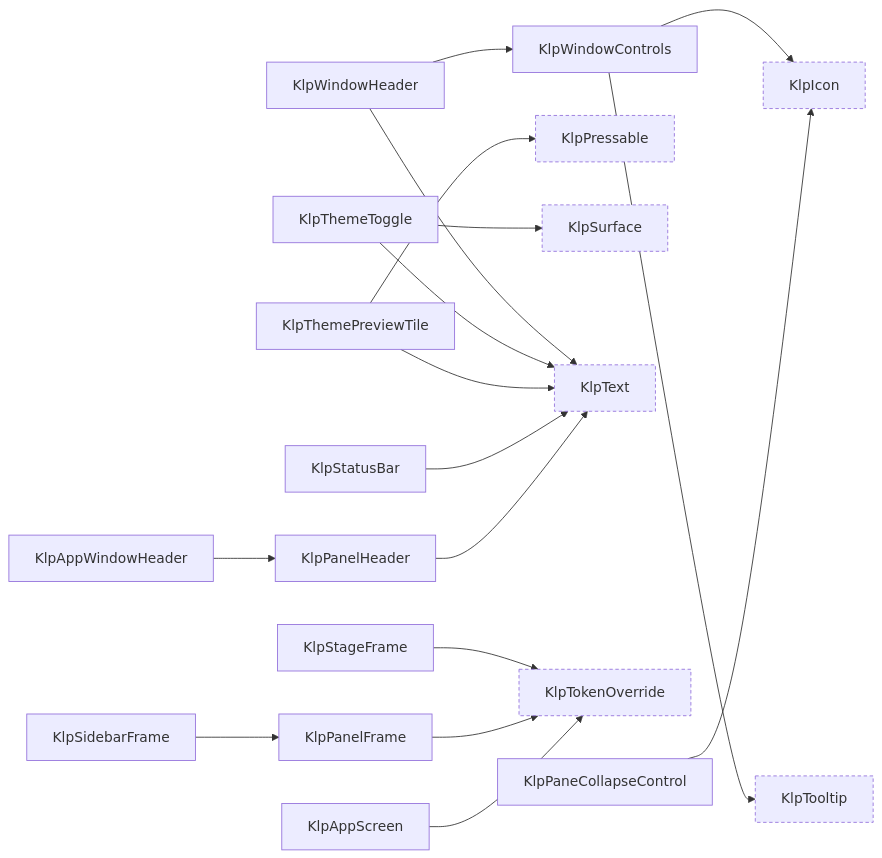
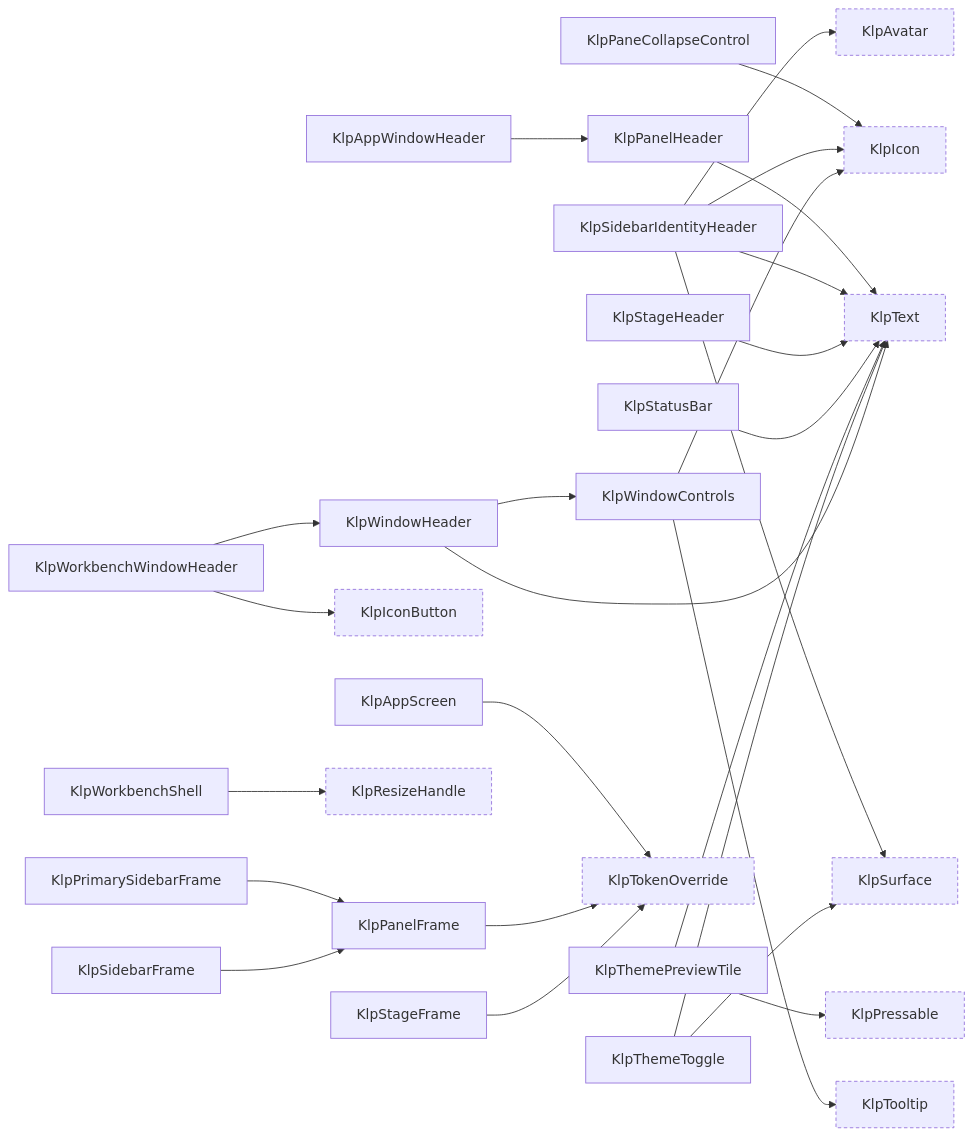
Before and after one commit to MiuDog/Kallopis: diagram 15 of 17 in spec/component-inventory.md, drawn with Mermaid. The commit also changed other lines of this file and 99 other files, not shown here.

````diff
--- a/spec/component-inventory.md
+++ b/spec/component-inventory.md
@@ -994,38 +1041,55 @@
 ```mermaid
 graph LR
   KlpAppScreen["KlpAppScreen"]
   KlpAppWindowHeader["KlpAppWindowHeader"]
+  KlpAvatar["KlpAvatar"]:::external
   KlpIcon["KlpIcon"]:::external
+  KlpIconButton["KlpIconButton"]:::external
   KlpPaneCollapseControl["KlpPaneCollapseControl"]
   KlpPanelFrame["KlpPanelFrame"]
   KlpPanelHeader["KlpPanelHeader"]
   KlpPressable["KlpPressable"]:::external
+  KlpPrimarySidebarFrame["KlpPrimarySidebarFrame"]
+  KlpResizeHandle["KlpResizeHandle"]:::external
   KlpSidebarFrame["KlpSidebarFrame"]
+  KlpSidebarIdentityHeader["KlpSidebarIdentityHeader"]
   KlpStageFrame["KlpStageFrame"]
+  KlpStageHeader["KlpStageHeader"]
   KlpStatusBar["KlpStatusBar"]
   KlpSurface["KlpSurface"]:::external
   KlpText["KlpText"]:::external
   KlpThemePreviewTile["KlpThemePreviewTile"]
   KlpThemeToggle["KlpThemeToggle"]
   KlpTokenOverride["KlpTokenOverride"]:::external
   KlpTooltip["KlpTooltip"]:::external
   KlpWindowControls["KlpWindowControls"]
   KlpWindowHeader["KlpWindowHeader"]
+  KlpWorkbenchShell["KlpWorkbenchShell"]
+  KlpWorkbenchWindowHeader["KlpWorkbenchWindowHeader"]
   KlpAppScreen --> KlpTokenOverride
   KlpAppWindowHeader --> KlpPanelHeader
   KlpPaneCollapseControl --> KlpIcon
   KlpPanelFrame --> KlpTokenOverride
   KlpPanelHeader --> KlpText
+  KlpPrimarySidebarFrame --> KlpPanelFrame
   KlpSidebarFrame --> KlpPanelFrame
+  KlpSidebarIdentityHeader --> KlpAvatar
+  KlpSidebarIdentityHeader --> KlpIcon
+  KlpSidebarIdentityHeader --> KlpSurface
+  KlpSidebarIdentityHeader --> KlpText
   KlpStageFrame --> KlpTokenOverride
+  KlpStageHeader --> KlpText
   KlpStatusBar --> KlpText
   KlpThemePreviewTile --> KlpPressable
   KlpThemePreviewTile --> KlpText
   KlpThemeToggle --> KlpSurface
   KlpThemeToggle --> KlpText
   KlpWindowControls --> KlpIcon
   KlpWindowControls --> KlpTooltip
   KlpWindowHeader --> KlpText
   KlpWindowHeader --> KlpWindowControls
+  KlpWorkbenchShell --> KlpResizeHandle
+  KlpWorkbenchWindowHeader --> KlpIconButton
+  KlpWorkbenchWindowHeader --> KlpWindowHeader
   classDef external stroke-dasharray: 4 3;
 ```
````
